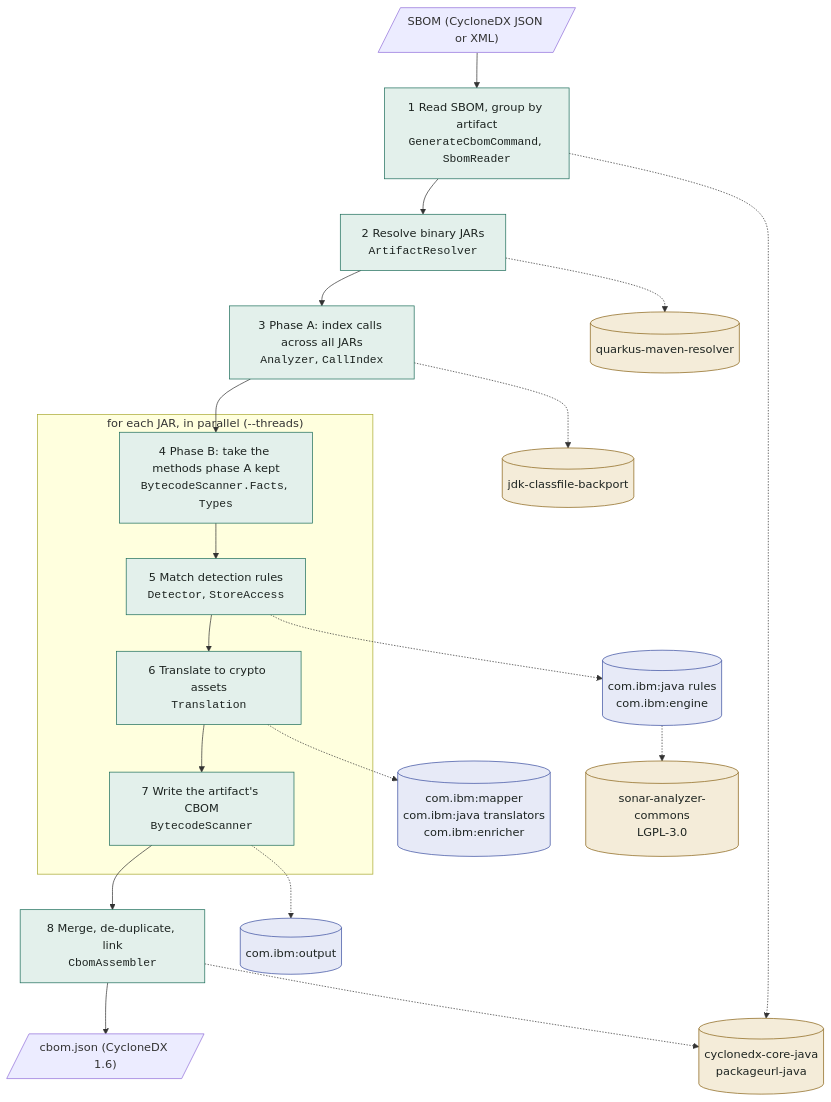
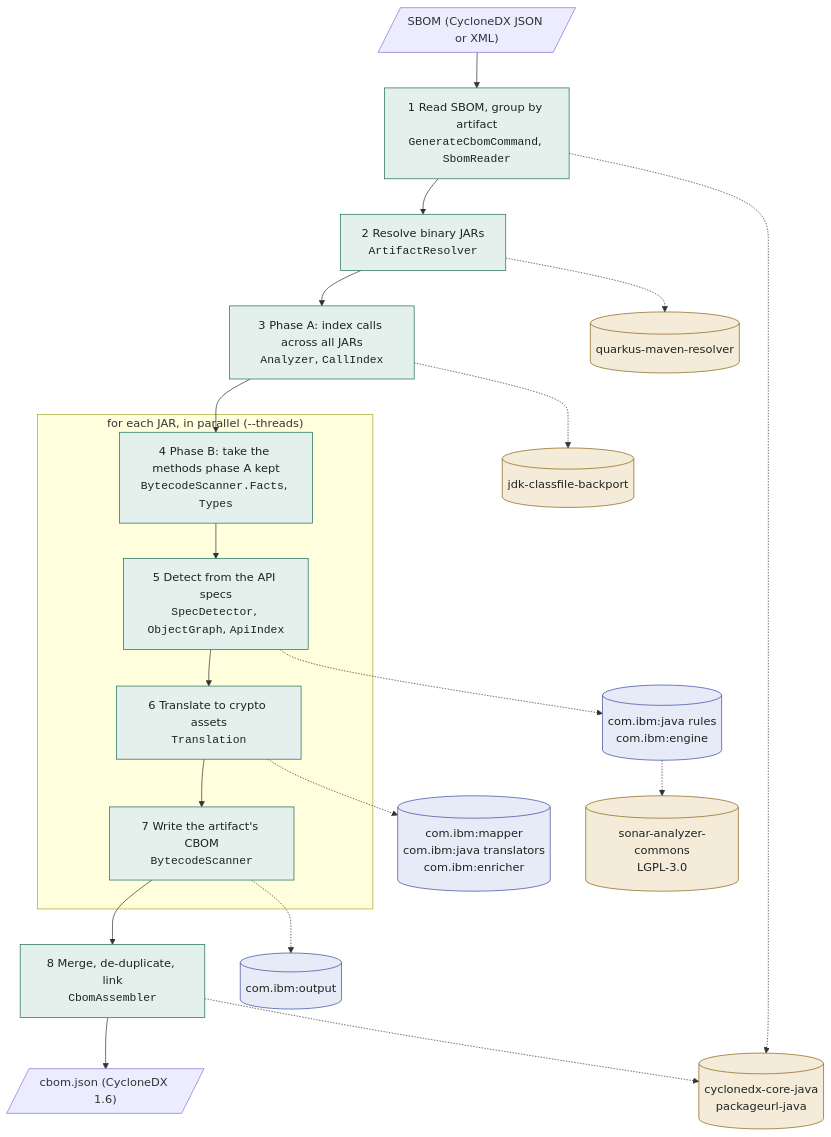
One commit to aloubyansky/cryptid changed the diagram in docs/architecture.md. Above: the diagram before and after it, drawn with Mermaid. The commit also changed 12 other files, not shown here.

Commit message:
Replace rule walking Detector with SpecDetector

````diff
--- a/docs/architecture.md
+++ b/docs/architecture.md
@@ -35,39 +35,39 @@
 ```mermaid
 flowchart TB
   sbom[/"SBOM (CycloneDX JSON or XML)"/]
   s1["1 Read SBOM, group by artifact<br/><code>GenerateCbomCommand</code>, <code>SbomReader</code>"]
   s2["2 Resolve binary JARs<br/><code>ArtifactResolver</code>"]
   s3["3 Phase A: index calls across all JARs<br/><code>Analyzer</code>, <code>CallIndex</code>"]
   subgraph perjar["for each JAR, in parallel (--threads)"]
     s4["4 Phase B: take the methods phase A kept<br/><code>BytecodeScanner.Facts</code>, <code>Types</code>"]
-    s5["5 Match detection rules<br/><code>Detector</code>, <code>StoreAccess</code>"]
+    s5["5 Detect from the API specs<br/><code>SpecDetector</code>, <code>ObjectGraph</code>, <code>ApiIndex</code>"]
     s6["6 Translate to crypto assets<br/><code>Translation</code>"]
     s7["7 Write the artifact's CBOM<br/><code>BytecodeScanner</code>"]
   end
   s8["8 Merge, de-duplicate, link<br/><code>CbomAssembler</code>"]
   cbom[/"cbom.json (CycloneDX 1.6)"/]
   sbom --> s1 --> s2 --> s3 --> s4 --> s5 --> s6 --> s7 --> s8 --> cbom
 
   cdx[("cyclonedx-core-java<br/>packageurl-java")]
   mvn[("quarkus-maven-resolver")]
   cf[("jdk-classfile-backport")]
   rules[("com.ibm:java rules<br/>com.ibm:engine")]
   sac[("sonar-analyzer-commons<br/>LGPL-3.0")]
   mapper[("com.ibm:mapper<br/>com.ibm:java translators<br/>com.ibm:enricher")]
   out[("com.ibm:output")]
   s1 -.-> cdx
   s2 -.-> mvn
   s3 -.-> cf
   s5 -.-> rules
   rules -.-> sac
   s6 -.-> mapper
   s7 -.-> out
   s8 -.-> cdx
 
   classDef ours fill:#e3f0eb,stroke:#1f6f5c,color:#1d2421
   classDef ibm fill:#e7eaf7,stroke:#3b4fa0,color:#1d2421
   classDef lib fill:#f4ecd9,stroke:#8a6418,color:#1d2421
   class s1,s2,s3,s4,s5,s6,s7,s8 ours
   class rules,mapper,out ibm
   class cdx,mvn,cf,sac lib
 ```
````
